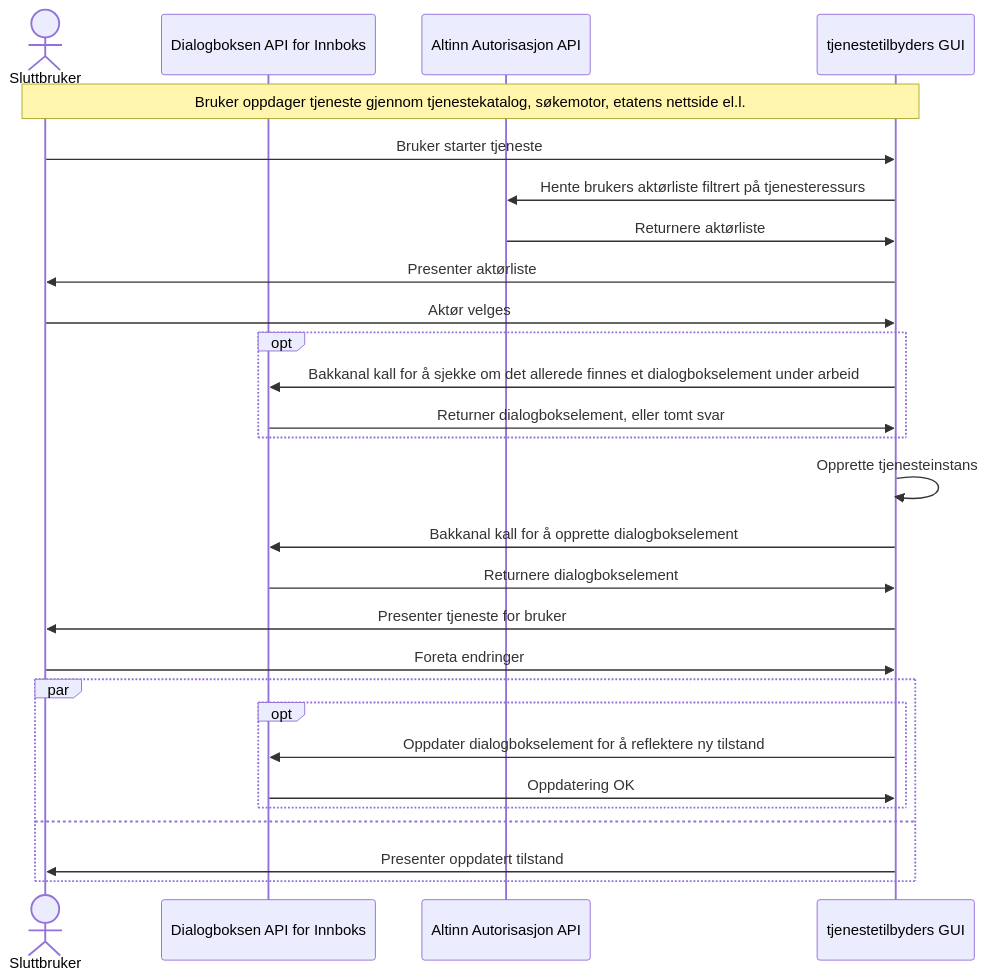
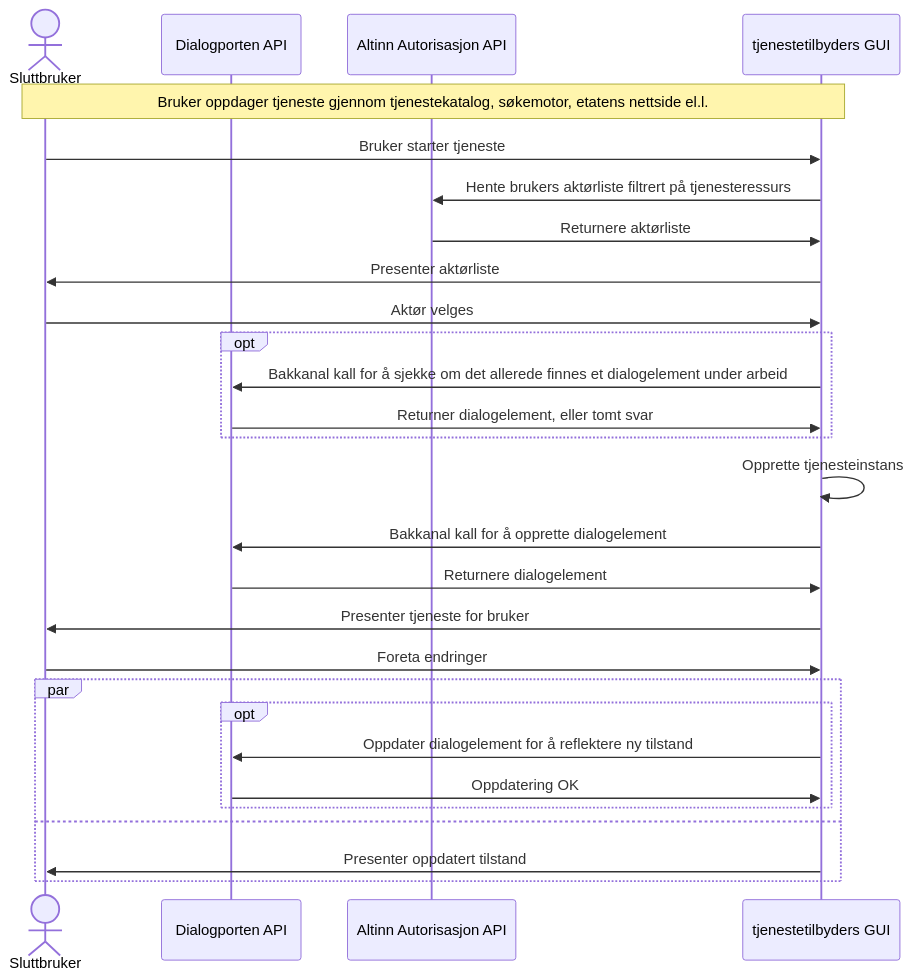
The fourth of 6 diagrams in dialogporten.md (elsand/elsand.github.io), drawn with Mermaid before and after one commit. The commit also changed other lines of this file and 1 other file, not shown here.

````diff
--- a/dialogporten.md
+++ b/dialogporten.md
@@ -331,31 +333,31 @@
 ```mermaid!
 sequenceDiagram
     actor SB as Sluttbruker
-    participant API as Dialogboksen API for Innboks
+    participant API as Dialogporten API 
     participant AUTH as Altinn Autorisasjon API 
     participant TEGUI as tjenestetilbyders GUI
 note over SB,TEGUI: Bruker oppdager tjeneste gjennom tjenestekatalog, søkemotor, etatens nettside el.l.
 SB->>TEGUI: Bruker starter tjeneste
 TEGUI->>AUTH: Hente brukers aktørliste filtrert på tjenesteressurs
 AUTH->>TEGUI: Returnere aktørliste
 TEGUI->>SB: Presenter aktørliste
 SB->>TEGUI: Aktør velges
 opt
-    TEGUI->>API: Bakkanal kall for å sjekke om det allerede finnes et dialogbokselement under arbeid
-    API->>TEGUI: Returner dialogbokselement, eller tomt svar
+    TEGUI->>API: Bakkanal kall for å sjekke om det allerede finnes et dialogelement under arbeid
+    API->>TEGUI: Returner dialogelement, eller tomt svar
 end
 TEGUI->>TEGUI: Opprette tjenesteinstans
-TEGUI->>API: Bakkanal kall for å opprette dialogbokselement
-API->>TEGUI: Returnere dialogbokselement
+TEGUI->>API: Bakkanal kall for å opprette dialogelement
+API->>TEGUI: Returnere dialogelement
 TEGUI->>SB: Presenter tjeneste for bruker
 
 SB->>TEGUI: Foreta endringer
 par
     opt
-        TEGUI->>API: Oppdater dialogbokselement for å reflektere ny tilstand
+        TEGUI->>API: Oppdater dialogelement for å reflektere ny tilstand
         API->>TEGUI: Oppdatering OK
     end
 and 
     TEGUI->>SB: Presenter oppdatert tilstand
 end
 ```
````
